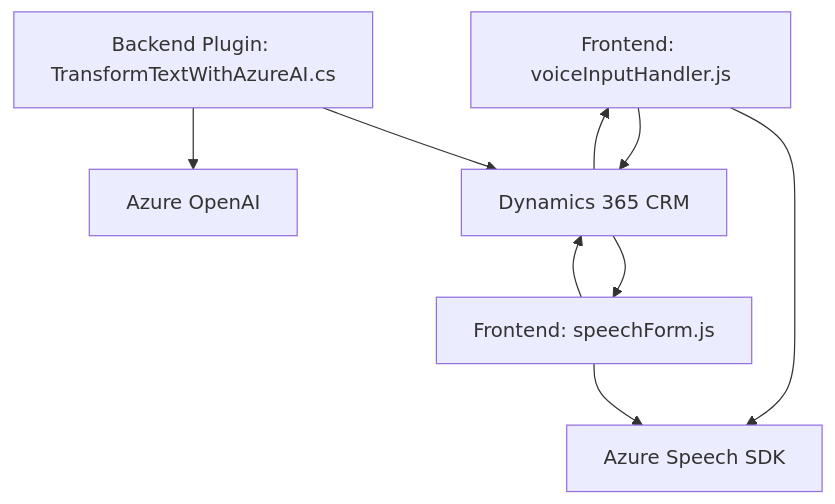
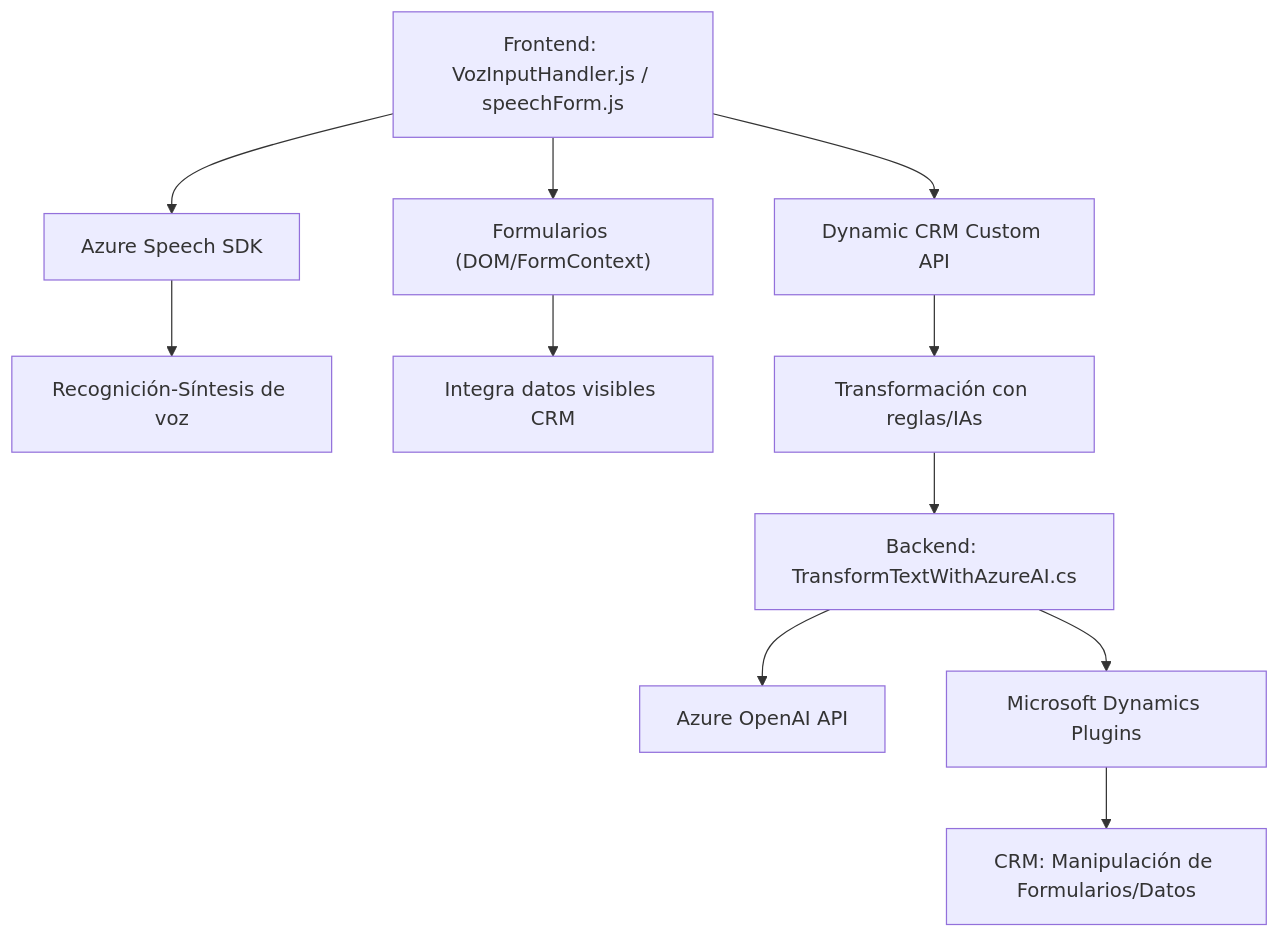
One commit to blopezdm/NETCORE_BILBAO2025 changed the diagram in README.md. Above: the diagram before and after it, drawn with Mermaid. The commit also changed other lines of this file, not shown here.

Commit message:
Actualizar análisis global de la solución con IA

````diff
--- a/README.md
+++ b/README.md
@@ -36,18 +46,14 @@
 ```mermaid
 graph TD
-    A["Frontend: voiceInputHandler.js"]
-    B["Frontend: speechForm.js"]
-    C["Backend Plugin: TransformTextWithAzureAI.cs"]
-    D["Azure Speech SDK"]
-    E["Azure OpenAI"]
-    F["Dynamics 365 CRM"]
+    A["Frontend: VozInputHandler.js / speechForm.js"] --> B["Azure Speech SDK"]
+    B --> C["Recognición-Síntesis de voz"]
+    A --> D["Formularios (DOM/FormContext)"]
+    D --> E["Integra datos visibles CRM"]
+    A --> F["Dynamic CRM Custom API"]
+    F --> G["Transformación con reglas/IAs"]
 
-    A --> D
-    A --> F
-    B --> D
-    B --> F
-    C --> F
-    C --> E
-    F --> A
-    F --> B
+    G --> H["Backend: TransformTextWithAzureAI.cs"]
+    H --> I["Azure OpenAI API"]
+    H --> J["Microsoft Dynamics Plugins"]
+    J --> K["CRM: Manipulación de Formularios/Datos"]
 ```
````
